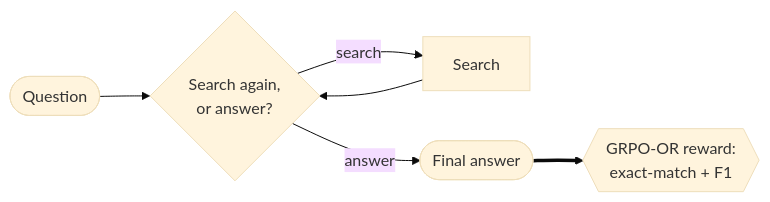
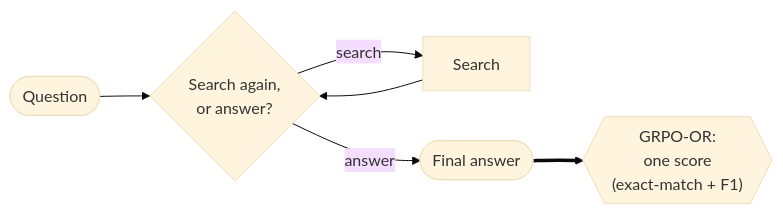
One commit to redswimmer/grpo-turn-level-rewards changed the first of 3 diagrams in README.md. Above: the diagram before and after it, drawn with Mermaid (base theme). The commit also changed other lines of this file, not shown here.

First line of the commit message:
README: replace GRPO-vs-PPO diagram with the 3 actual reward methodologies

````diff
--- a/README.md
+++ b/README.md
@@ -18,8 +22,8 @@
 ```mermaid
 flowchart LR
     Q1(["Question"]) --> D1{"Search again,<br/>or answer?"}
     D1 -- search --> S1["Search"]
     S1 --> D1
     D1 -- answer --> A1(["Final answer"])
-    A1 ==> R1{{"GRPO-OR reward:<br/>exact-match + F1"}}
+    A1 ==> R1{{"GRPO-OR:<br/>one score<br/>(exact-match + F1)"}}
 ```
````
